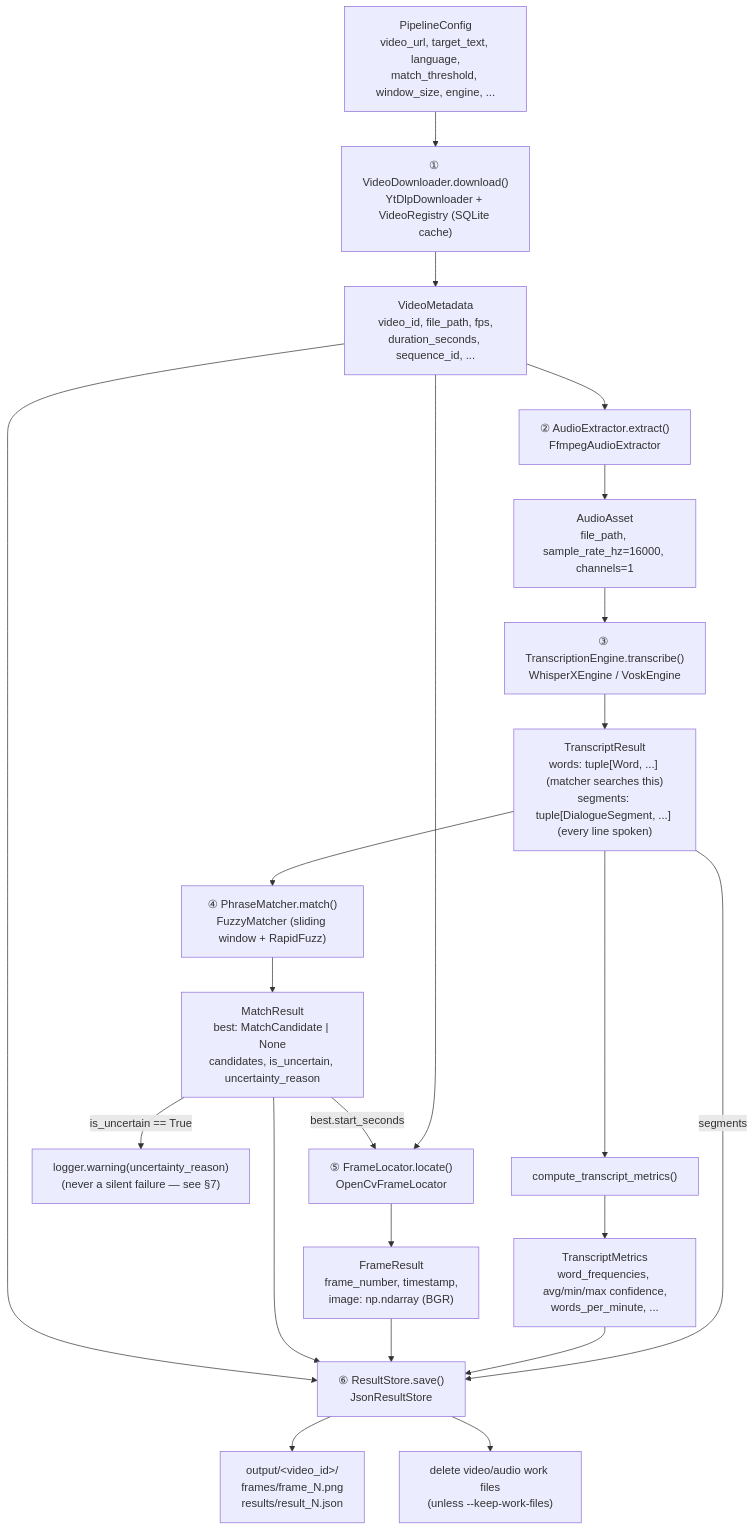
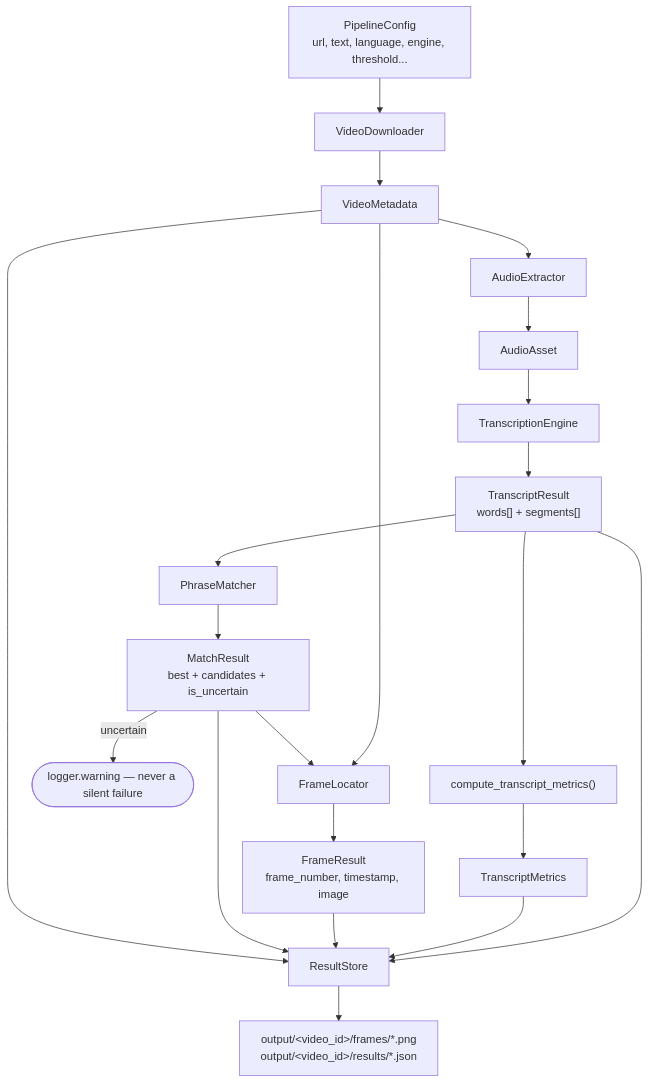
The second of 2 diagrams in Approch.md (L-10-rush/quest1), drawn with Mermaid before and after one commit. The commit also changed other lines of this file and 8 other files, not shown here.

````diff
--- a/Approch.md
+++ b/Approch.md
@@ -118,34 +60,19 @@
 ```mermaid
 flowchart TD
-    CFG["PipelineConfig<br/>video_url, target_text, language,<br/>match_threshold, window_size, engine, ..."]
-
-    CFG --> D1["① VideoDownloader.download()<br/>YtDlpDownloader + VideoRegistry (SQLite cache)"]
-    D1 --> VM["VideoMetadata<br/>video_id, file_path, fps,<br/>duration_seconds, sequence_id, ..."]
-
-    VM --> D2["② AudioExtractor.extract()<br/>FfmpegAudioExtractor"]
-    D2 --> AA["AudioAsset<br/>file_path, sample_rate_hz=16000, channels=1"]
-
-    AA --> D3["③ TranscriptionEngine.transcribe()<br/>WhisperXEngine / VoskEngine"]
-    D3 --> TR["TranscriptResult<br/>words: tuple[Word, ...] (matcher searches this)<br/>segments: tuple[DialogueSegment, ...] (every line spoken)"]
-
-    TR --> D4M["compute_transcript_metrics()"]
-    D4M --> TM["TranscriptMetrics<br/>word_frequencies, avg/min/max confidence,<br/>words_per_minute, ..."]
-
-    TR --> D4["④ PhraseMatcher.match()<br/>FuzzyMatcher (sliding window + RapidFuzz)"]
-    D4 --> MR["MatchResult<br/>best: MatchCandidate | None<br/>candidates, is_uncertain, uncertainty_reason"]
-
-    MR -->|"is_uncertain == True"| WARN["logger.warning(uncertainty_reason)<br/>(never a silent failure — see §7)"]
-
-    MR -->|"best.start_seconds"| D5["⑤ FrameLocator.locate()<br/>OpenCvFrameLocator"]
+    CFG["PipelineConfig<br/>url, text, language, engine, threshold..."]
+    CFG --> D1["VideoDownloader"] --> VM["VideoMetadata"]
+    VM --> D2["AudioExtractor"] --> AA["AudioAsset"]
+    AA --> D3["TranscriptionEngine"] --> TR["TranscriptResult<br/>words[] + segments[]"]
+    TR --> D4M["compute_transcript_metrics()"] --> TM["TranscriptMetrics"]
+    TR --> D4["PhraseMatcher"] --> MR["MatchResult<br/>best + candidates + is_uncertain"]
+    MR -->|uncertain| WARN(["logger.warning — never a silent failure"])
+    MR --> D5["FrameLocator"]
     VM --> D5
-    D5 --> FR["FrameResult<br/>frame_number, timestamp,<br/>image: np.ndarray (BGR)"]
-
-    VM --> D6["⑥ ResultStore.save()<br/>JsonResultStore"]
+    D5 --> FR["FrameResult<br/>frame_number, timestamp, image"]
+    VM --> D6["ResultStore"]
     MR --> D6
     FR --> D6
     TM --> D6
-    TR -->|"segments"| D6
-    D6 --> OUT["output/&lt;video_id&gt;/<br/>frames/frame_N.png<br/>results/result_N.json"]
-
-    D6 --> CLEAN["delete video/audio work files<br/>(unless --keep-work-files)"]
+    TR --> D6
+    D6 --> OUT["output/&lt;video_id&gt;/frames/*.png<br/>output/&lt;video_id&gt;/results/*.json"]
 ```
````
